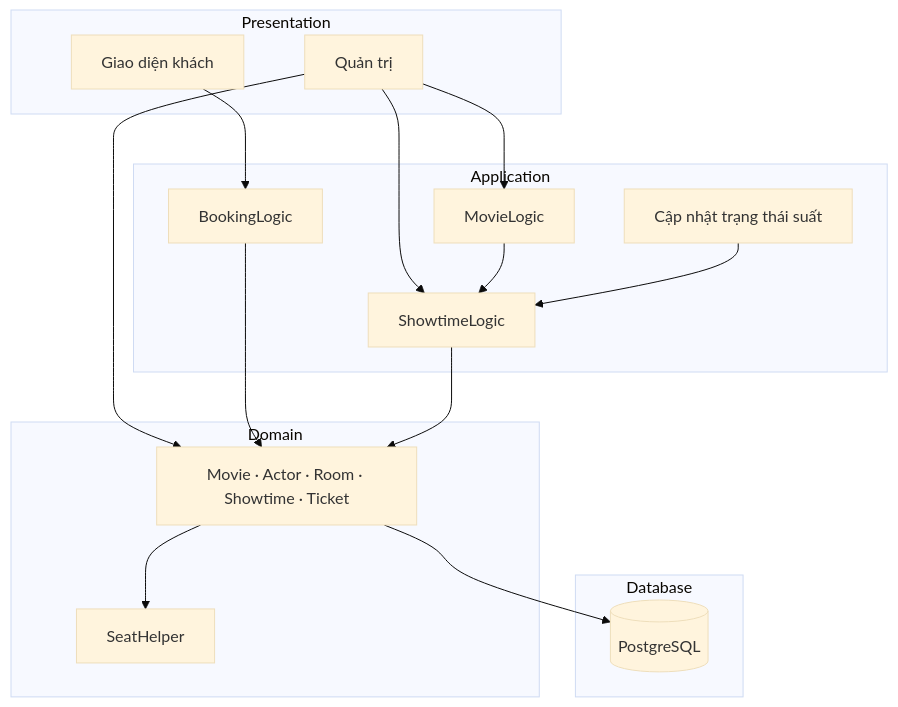
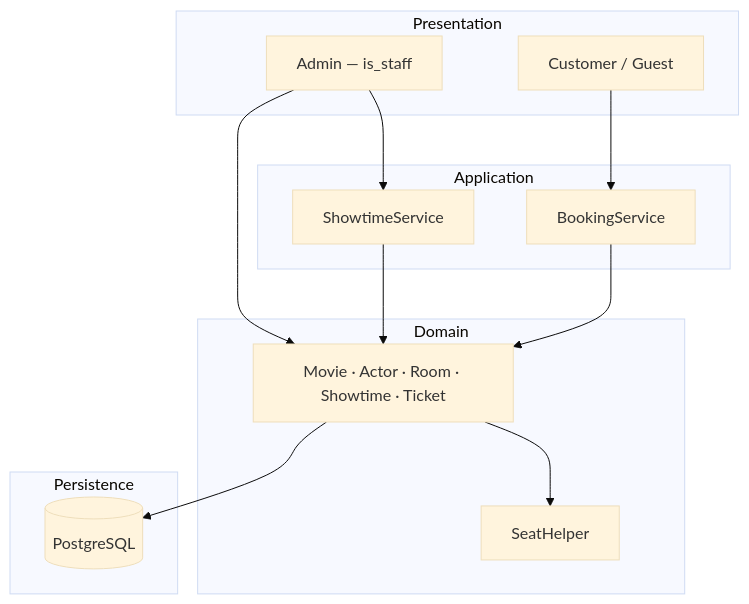
The tenth of 10 diagrams in myproject/SPEC.md (Hoangvu2911/SBU5_learnPython), drawn with Mermaid (base theme) before and after one commit. The commit also changed other lines of this file, not shown here.

````diff
--- a/myproject/SPEC.md
+++ b/myproject/SPEC.md
@@ -448,34 +450,29 @@
 ```mermaid
 flowchart TB
   subgraph Presentation
-    AdminUI[Quản trị]
-    CustomerUI[Giao diện khách]
+    AdminUI[Admin — is_staff]
+    CustomerUI[Customer / Guest]
   end
 
   subgraph Application
-    BookingLogic
-    ShowtimeLogic
-    MovieLogic
-    StatusJob[Cập nhật trạng thái suất]
+    BookingService
+    ShowtimeService
   end
 
   subgraph Domain
-    Entities[Movie · Actor · Room · Showtime · Ticket]
+    Models[Movie · Actor · Room · Showtime · Ticket]
     SeatHelper
   end
 
-  subgraph Database
+  subgraph Persistence
     DB[(PostgreSQL)]
   end
 
-  AdminUI --> ShowtimeLogic
-  AdminUI --> MovieLogic
-  AdminUI --> Entities
-  CustomerUI --> BookingLogic
-  BookingLogic --> Entities
-  ShowtimeLogic --> Entities
-  MovieLogic --> ShowtimeLogic
-  StatusJob --> ShowtimeLogic
-  Entities --> DB
-  Entities --> SeatHelper
+  AdminUI --> ShowtimeService
+  AdminUI --> Models
+  CustomerUI --> BookingService
+  BookingService --> Models
+  ShowtimeService --> Models
+  Models --> SeatHelper
+  Models --> DB
 ```
````
